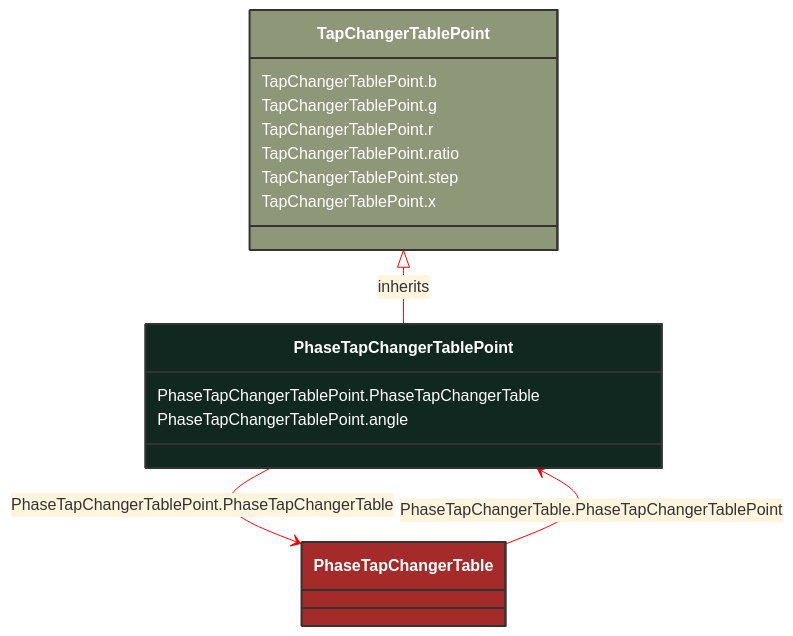
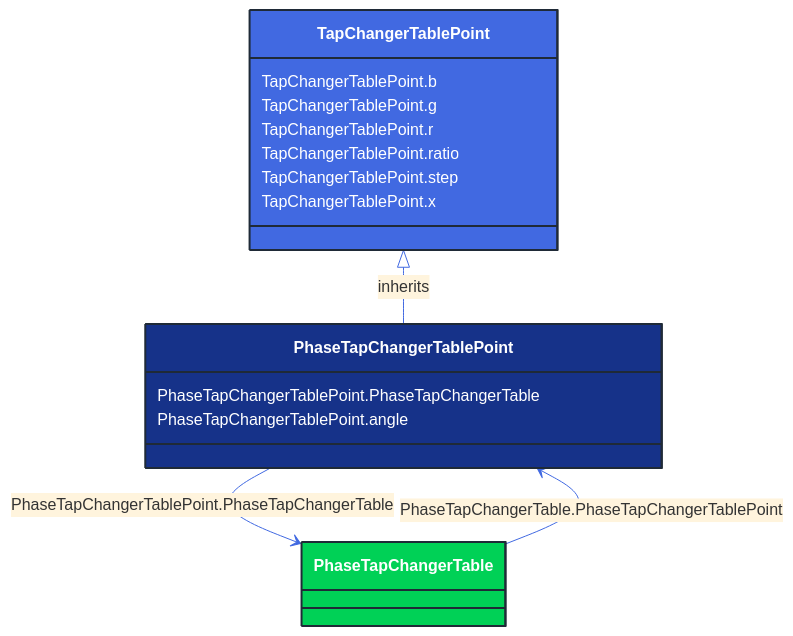
The diagram in docs/Models/Profiles/CoreEquipment/ConcreteClasses/PhaseTapChangerTablePoint.md (3lbits/NoCIMExtensions), drawn with Mermaid before and after one commit. The commit also changed 362 other files, not shown here.

First line of the commit message:
Update diagrams and styles for improved visual consistency

````diff
--- a/docs/Models/Profiles/CoreEquipment/ConcreteClasses/PhaseTapChangerTablePoint.md
+++ b/docs/Models/Profiles/CoreEquipment/ConcreteClasses/PhaseTapChangerTablePoint.md
@@ -8,33 +8,33 @@
 ```mermaid
-%%{init: {'theme':'base','themeVariables': {'lineColor': '#FF0000'}}}%%
+%%{init: {'theme':'base','themeVariables': {'lineColor': '#4169E1'}}}%%
 classDiagram
     class PhaseTapChangerTablePoint
     click PhaseTapChangerTablePoint href "/Models/Profiles/CoreEquipment/ConcreteClasses/PhaseTapChangerTablePoint/"
-    style PhaseTapChangerTablePoint fill:#102820,stroke:#333,stroke-width:2px,rx:10,ry:10,color:white
+    style PhaseTapChangerTablePoint fill:#163289,stroke:#1F2A37,stroke-width:2px,rx:10,ry:10,color:white
      
         TapChangerTablePoint <|-- PhaseTapChangerTablePoint : inherits
             click TapChangerTablePoint href "/Models/Profiles/CoreEquipment/AbstractClasses/TapChangerTablePoint/"
-            style TapChangerTablePoint fill:#8F9779,stroke:#333,stroke-width:2px,rx:10,ry:10,color:white
+            style TapChangerTablePoint fill:#4169E1,stroke:#1F2A37,stroke-width:2px,rx:10,ry:10,color:white
 
         PhaseTapChangerTablePoint --> PhaseTapChangerTable : PhaseTapChangerTablePoint.PhaseTapChangerTable
 
         PhaseTapChangerTable
             click PhaseTapChangerTable href "/Models/Profiles/CoreEquipment/ConcreteClasses/PhaseTapChangerTable/"
-            style PhaseTapChangerTable fill:#A52A2A,stroke:#333,stroke-width:2px,rx:10,ry:10,color:white
+            style PhaseTapChangerTable fill:#00D156,stroke:#1F2A37,stroke-width:2px,rx:10,ry:10,color:white
 
         PhaseTapChangerTable --> PhaseTapChangerTablePoint : PhaseTapChangerTable.PhaseTapChangerTablePoint
 
         PhaseTapChangerTable
             click PhaseTapChangerTable href "/Models/Profiles/CoreEquipment/ConcreteClasses/PhaseTapChangerTable/"
-            style PhaseTapChangerTable fill:#A52A2A,stroke:#333,stroke-width:2px,rx:10,ry:10,color:white
+            style PhaseTapChangerTable fill:#00D156,stroke:#1F2A37,stroke-width:2px,rx:10,ry:10,color:white
 
 
         PhaseTapChangerTablePoint : PhaseTapChangerTablePoint.PhaseTapChangerTable
         PhaseTapChangerTablePoint : PhaseTapChangerTablePoint.angle
         TapChangerTablePoint : TapChangerTablePoint.b
         TapChangerTablePoint : TapChangerTablePoint.g
         TapChangerTablePoint : TapChangerTablePoint.r
         TapChangerTablePoint : TapChangerTablePoint.ratio
         TapChangerTablePoint : TapChangerTablePoint.step
         TapChangerTablePoint : TapChangerTablePoint.x
 ```
````
